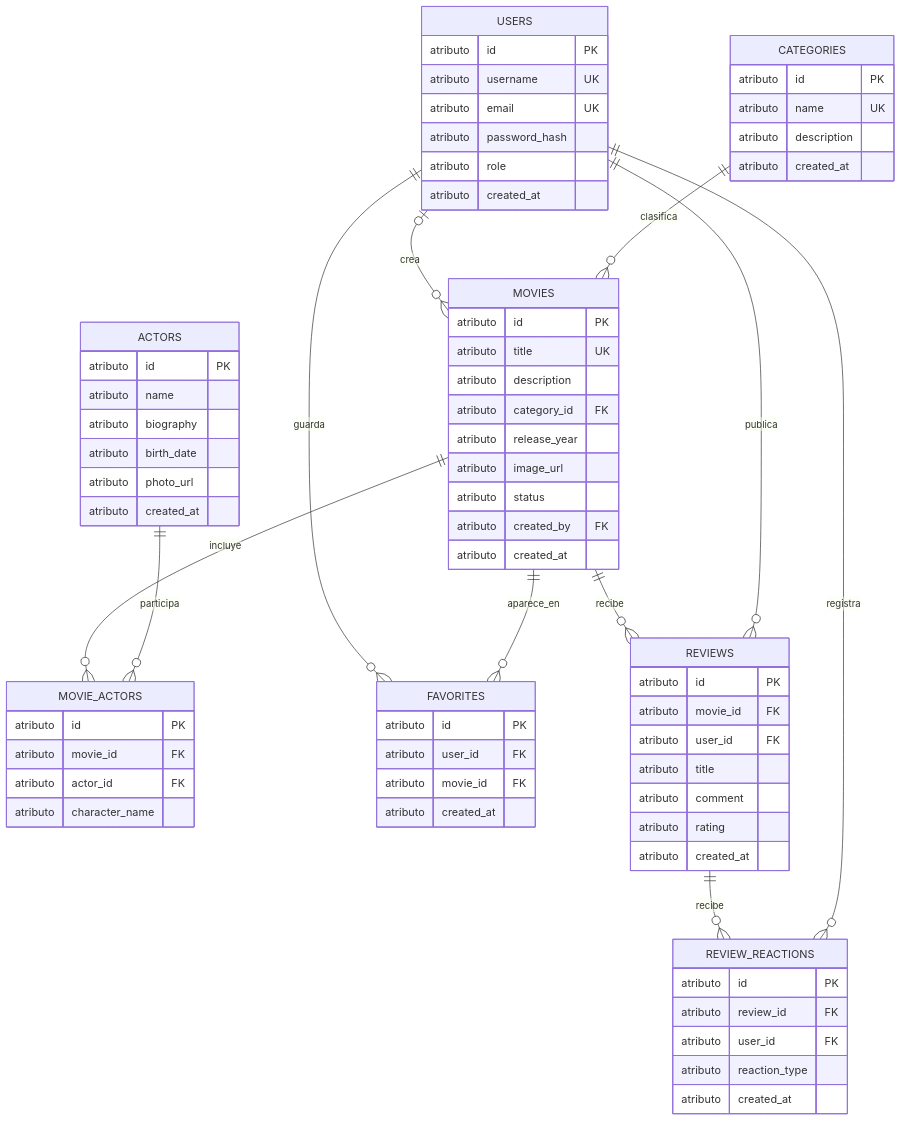
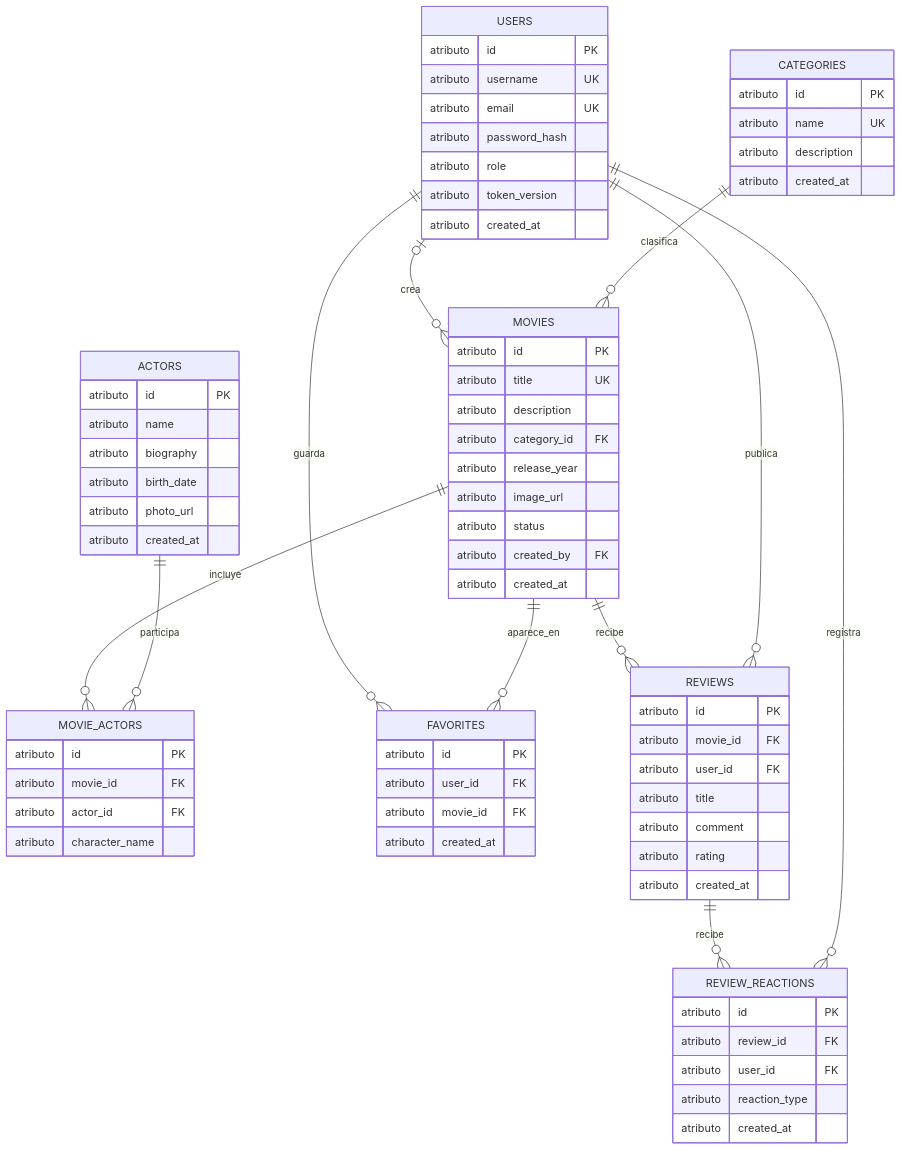
One commit to Anderson-Oloroso/karenflix-backend changed the diagram in database/README.md. Above: the diagram before and after it, drawn with Mermaid. The commit also changed other lines of this file and 8 other files, not shown here.

Commit message:
fix(jwt): Fix authorization in backend with token_version

```diff
--- a/database/README.md
+++ b/database/README.md
@@ -31,6 +31,7 @@
         atributo email UK
         atributo password_hash
         atributo role
+        atributo token_version
         atributo created_at
     }
 
```
